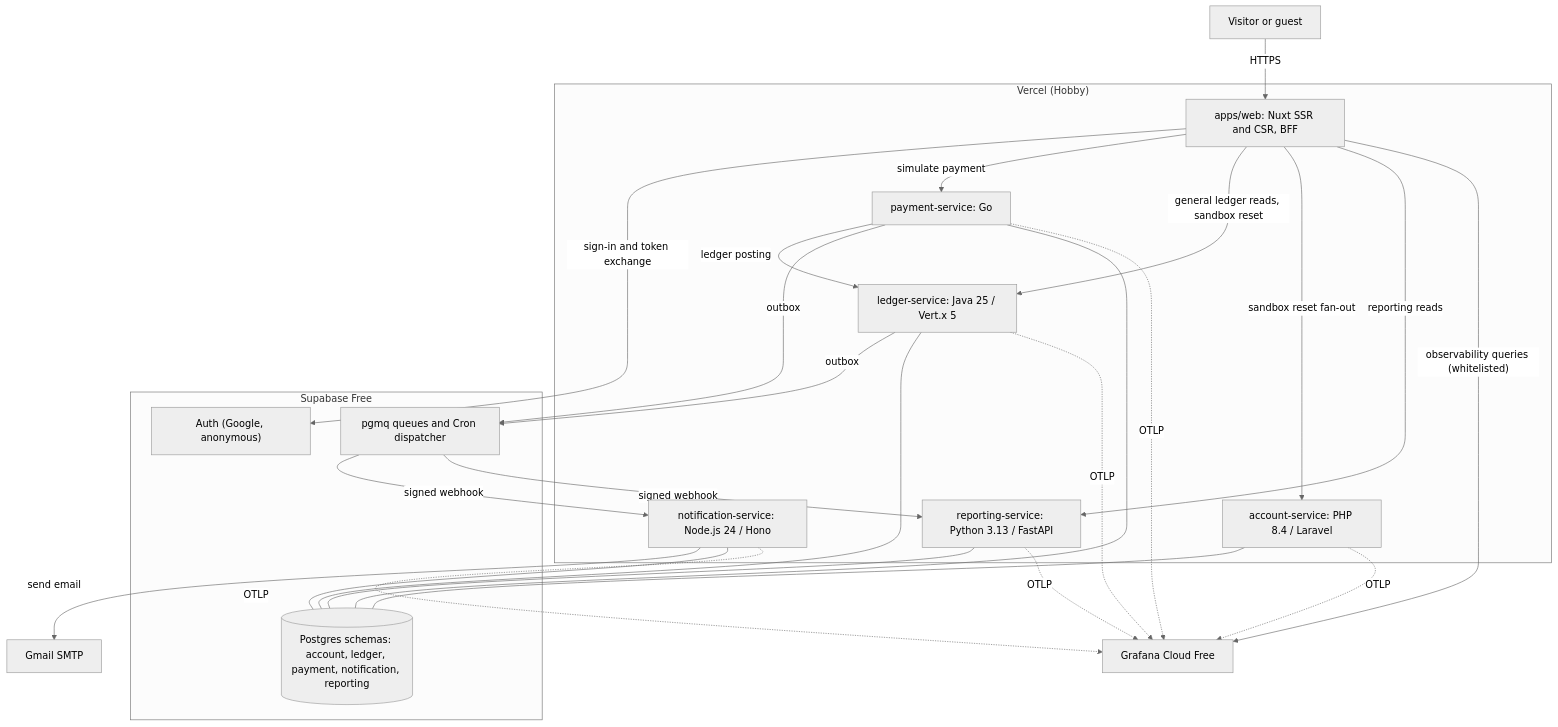
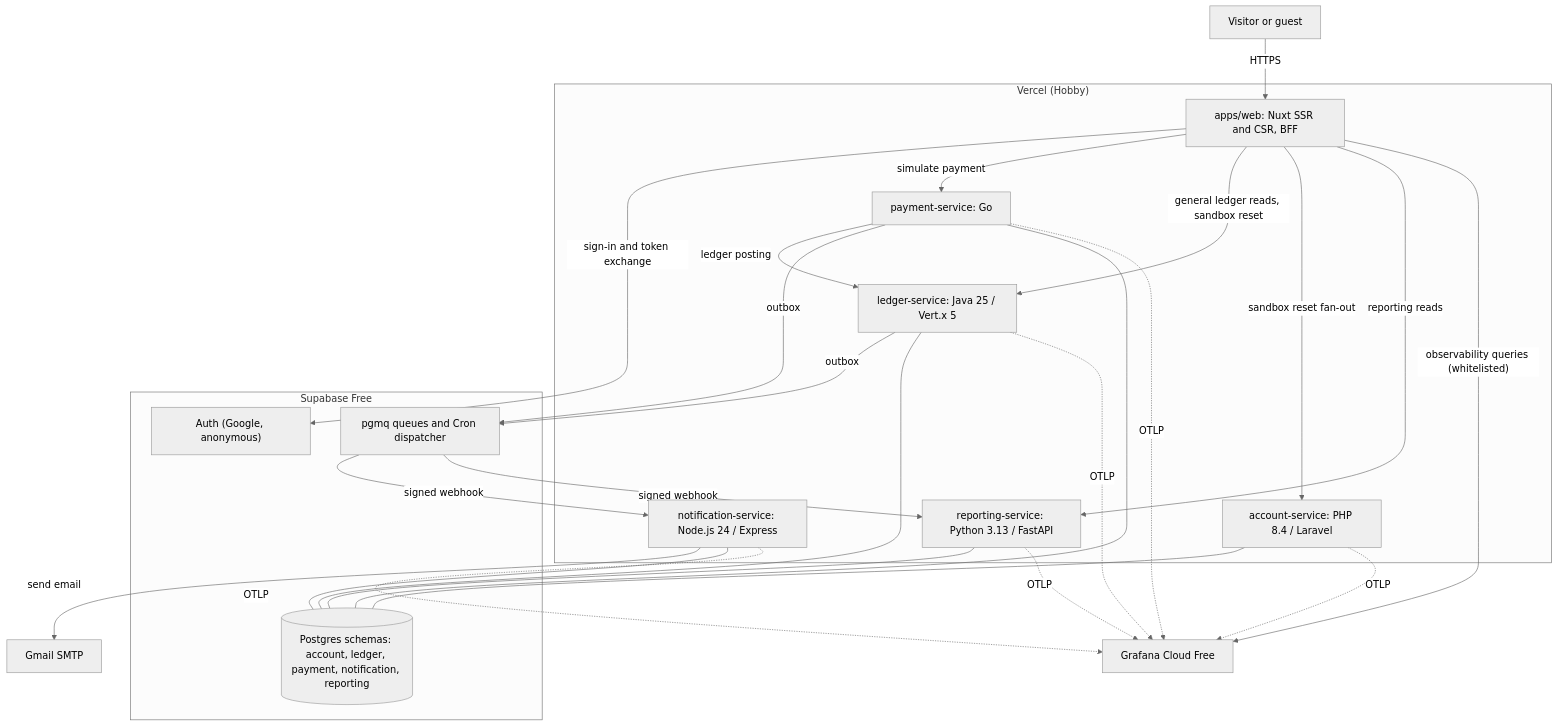
The diagram in README.md (gradiputera/gradi-playground), drawn with Mermaid (neutral theme) before and after one commit. The commit also changed other lines of this file and 7 other files, not shown here.

Commit message:
docs: record Express for notification-service

````diff
--- a/README.md
+++ b/README.md
@@ -33,46 +33,46 @@
 ```mermaid
 flowchart TB
     visitor["Visitor or guest"]
 
     subgraph vercel["Vercel (Hobby)"]
         web["apps/web: Nuxt SSR and CSR, BFF"]
         acc["account-service: PHP 8.4 / Laravel"]
         led["ledger-service: Java 25 / Vert.x 5"]
         pay["payment-service: Go"]
-        notif["notification-service: Node.js 24 / Hono"]
+        notif["notification-service: Node.js 24 / Express"]
         rep["reporting-service: Python 3.13 / FastAPI"]
     end
 
     subgraph supa["Supabase Free"]
         auth["Auth (Google, anonymous)"]
         pg[("Postgres schemas: account, ledger, payment, notification, reporting")]
         mq["pgmq queues and Cron dispatcher"]
     end
 
     grafana["Grafana Cloud Free"]
     gmail["Gmail SMTP"]
 
     visitor -->|"HTTPS"| web
     web -->|"sign-in and token exchange"| auth
     web -->|"simulate payment"| pay
     web -->|"general ledger reads, sandbox reset"| led
     web -->|"sandbox reset fan-out"| acc
     web -->|"reporting reads"| rep
     web -->|"observability queries (whitelisted)"| grafana
     pay -->|"ledger posting"| led
     pay -->|"outbox"| mq
     led -->|"outbox"| mq
     mq -->|"signed webhook"| notif
     mq -->|"signed webhook"| rep
     notif -->|"send email"| gmail
     acc --- pg
     led --- pg
     pay --- pg
     notif --- pg
     rep --- pg
     acc -.->|"OTLP"| grafana
     led -.->|"OTLP"| grafana
     pay -.->|"OTLP"| grafana
     notif -.->|"OTLP"| grafana
     rep -.->|"OTLP"| grafana
 ```
````
